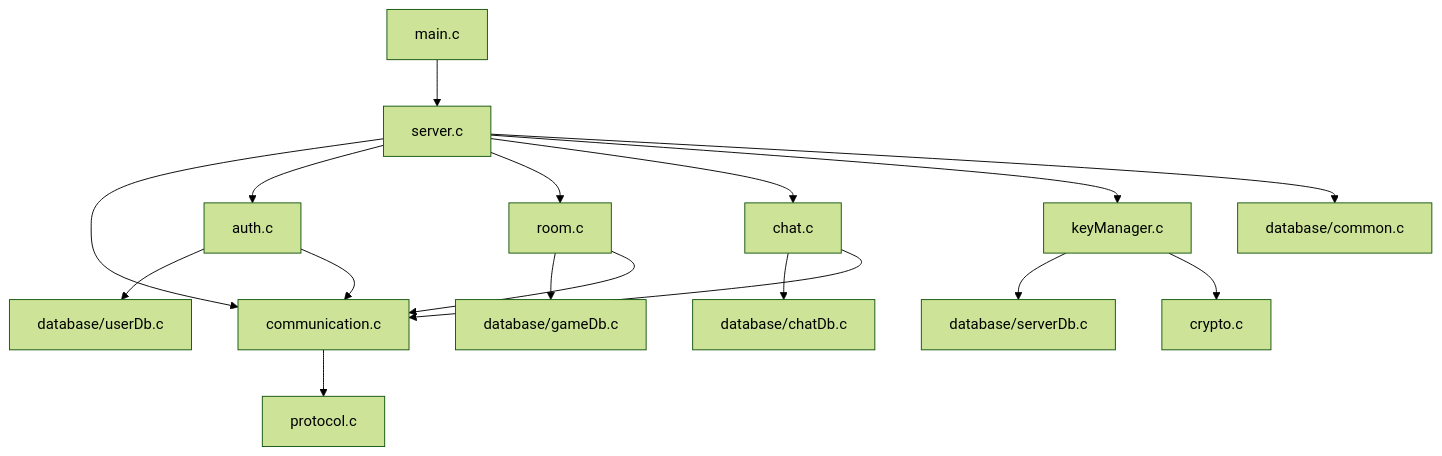
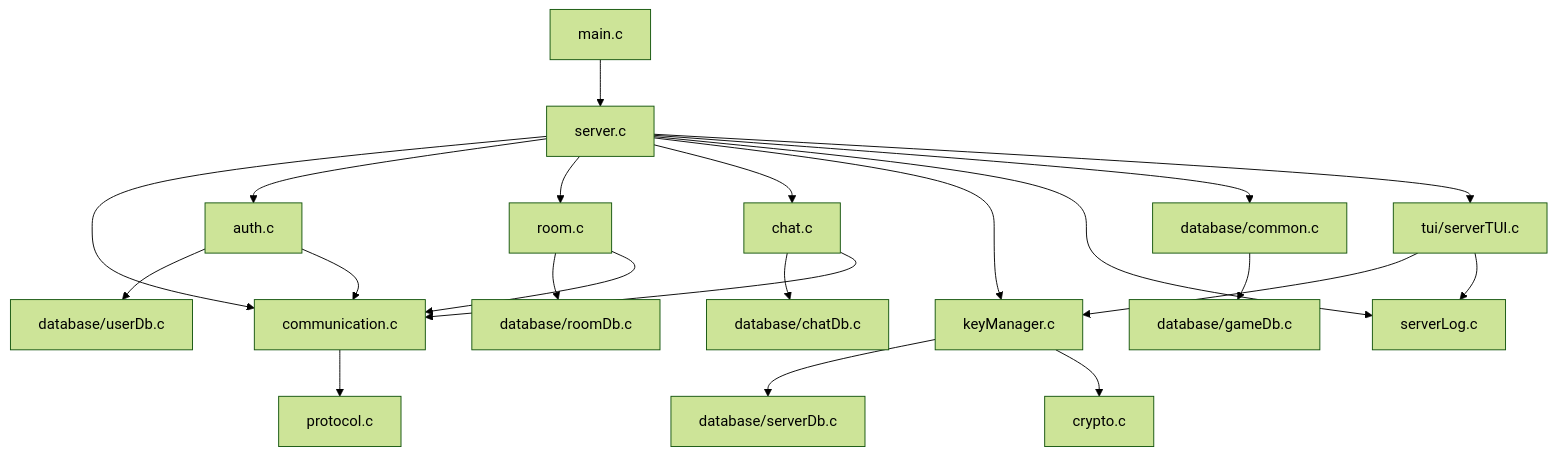
The ninth of 26 diagrams in docs/API.md (WinstonMeursault/PacPlay), drawn with Mermaid (forest theme) before and after one commit. The commit also changed other lines of this file and 29 other files, not shown here.

First line of the commit message:
feat(server): add server TUI and logging subsystem Squashed commit of the following:

````diff
--- a/docs/API.md
+++ b/docs/API.md
@@ -1028,19 +1172,24 @@
 ```mermaid
 graph TD
     main.c --> server.c
     server.c --> communication.c
     server.c --> auth.c
     server.c --> room.c
     server.c --> chat.c
     server.c --> keyManager.c
+    server.c --> serverLog.c
     server.c --> database/common.c
+    server.c --> tui/serverTUI.c
     keyManager.c --> database/serverDb.c
     keyManager.c --> crypto.c
     auth.c --> database/userDb.c
-    room.c --> database/gameDb.c
+    room.c --> database/roomDb.c
     chat.c --> database/chatDb.c
+    database/common.c --> database/gameDb.c
     communication.c --> protocol.c
     chat.c --> communication.c
     auth.c --> communication.c
     room.c --> communication.c
+    tui/serverTUI.c --> keyManager.c
+    tui/serverTUI.c --> serverLog.c
 ```
````
